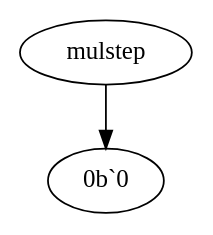
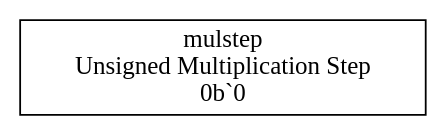
Before and after one commit to eignnx/SPRIND: the diagram in src/graphs/rrr.dot, drawn with Graphviz. The commit also changed 9 other files, not shown here.

```diff
--- a/src/graphs/rrr.dot
+++ b/src/graphs/rrr.dot
@@ -1,4 +1,5 @@
 digraph "Format rrr" {
-  "mulstep_13462336" [label = "mulstep"];
-  "mulstep_13462336" -> "0b`0"
+  "mulstep_13462336" [label = "mulstep
+Unsigned Multiplication Step
+0b`0", shape = rectangle];
 }
```
